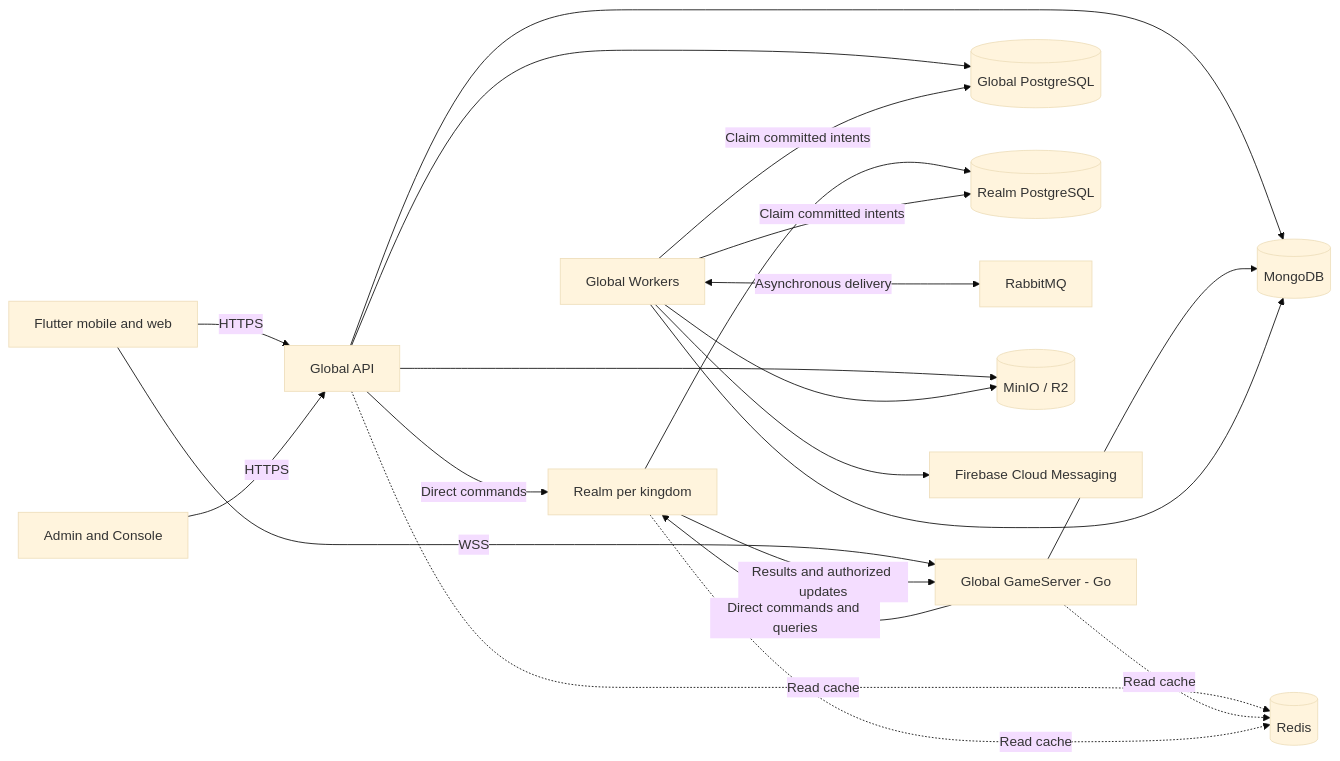
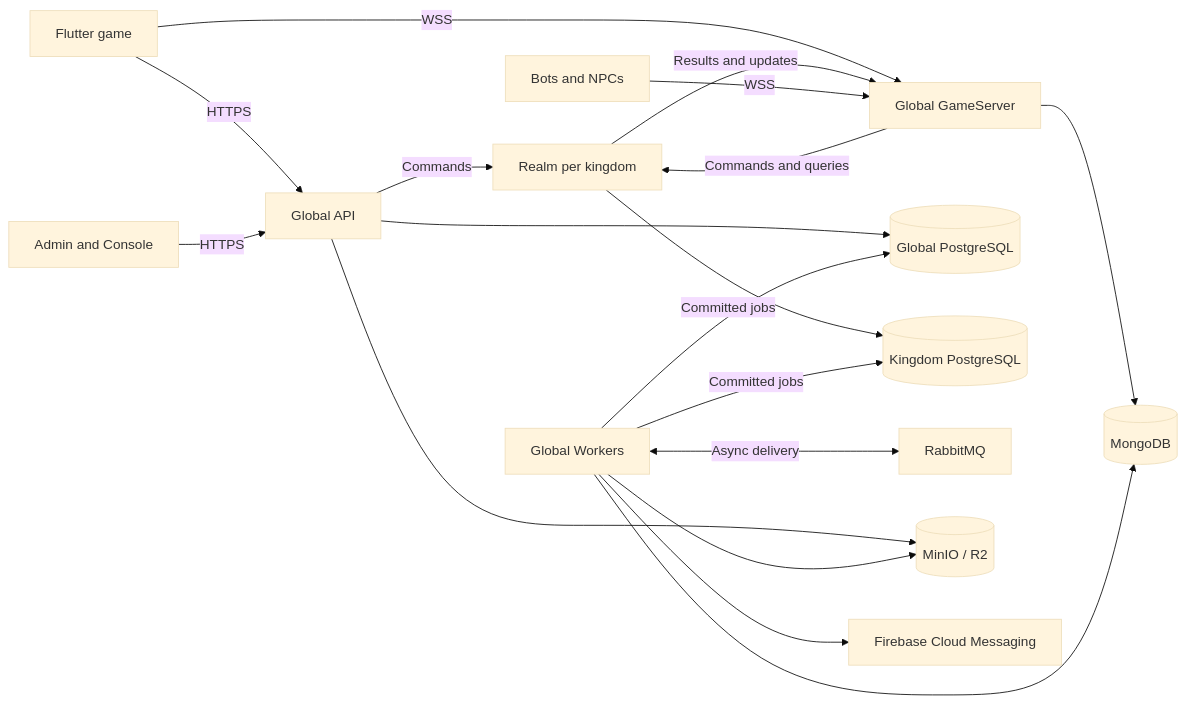
One commit to ReeseArch64/opencok changed the diagram in .github/ARCHITECTURE.md. Above: the diagram before and after it, drawn with Mermaid (base theme). The commit also changed other lines of this file and 5 other files, not shown here.

Commit message:
docs: condense agent guidance and service architecture

````diff
--- a/.github/ARCHITECTURE.md
+++ b/.github/ARCHITECTURE.md
@@ -15,23 +7,20 @@
 ```mermaid
 flowchart LR
-    Player[Flutter mobile and web] -->|HTTPS| API[Global API]
-    Player -->|WSS| GS[Global GameServer - Go]
+    Client[Flutter game] -->|HTTPS| API[Global API]
+    Client -->|WSS| GS[Global GameServer]
     Web[Admin and Console] -->|HTTPS| API
-    API -->|Direct commands| Realm[Realm per kingdom]
-    GS -->|Direct commands and queries| Realm
-    Realm -->|Results and authorized updates| GS
+    API -->|Commands| Realm[Realm per kingdom]
+    GS -->|Commands and queries| Realm
+    Realm -->|Results and updates| GS
+    Automation[Bots and NPCs] -->|WSS| GS
     API --> GlobalDB[(Global PostgreSQL)]
-    Realm --> RealmDB[(Realm PostgreSQL)]
-    API --> Mongo[(MongoDB)]
-    GS --> Mongo
-    Workers[Global Workers] -->|Claim committed intents| GlobalDB
-    Workers -->|Claim committed intents| RealmDB
+    Realm --> RealmDB[(Kingdom PostgreSQL)]
+    GS --> Mongo[(MongoDB)]
+    Workers[Global Workers] -->|Committed jobs| GlobalDB
+    Workers -->|Committed jobs| RealmDB
     Workers --> Mongo
-    Workers <-->|Asynchronous delivery| MQ[RabbitMQ]
+    Workers <-->|Async delivery| MQ[RabbitMQ]
     API --> Objects[(MinIO / R2)]
     Workers --> Objects
-    Workers --> FCM[Firebase Cloud Messaging]
-    API -. Read cache .-> Redis[(Redis)]
-    GS -. Read cache .-> Redis
-    Realm -. Read cache .-> Redis
+    Workers --> Push[Firebase Cloud Messaging]
 ```
````
